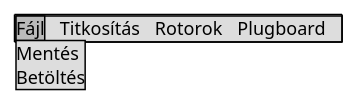
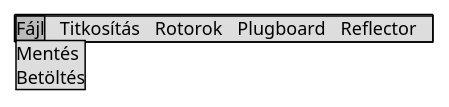
Before and after one commit to lolfail/enigma-nhf: the diagram in docs/spec/saveload.puml, drawn with PlantUML. The commit also changed 4 other files, not shown here.

```diff
--- a/docs/spec/saveload.puml
+++ b/docs/spec/saveload.puml
@@ -1,6 +1,6 @@
 @startsalt
 {+
-  {* Fájl | Titkosítás | Rotorok | Plugboard
+  {* Fájl | Titkosítás | Rotorok | Plugboard | Reflector
   Fájl | Mentés | Betöltés }
 }
 @endsalt
```
